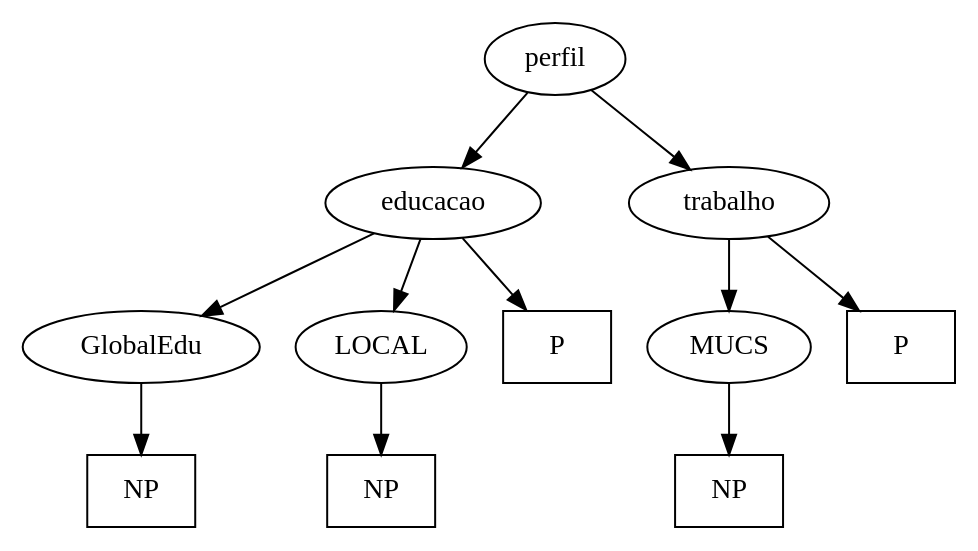
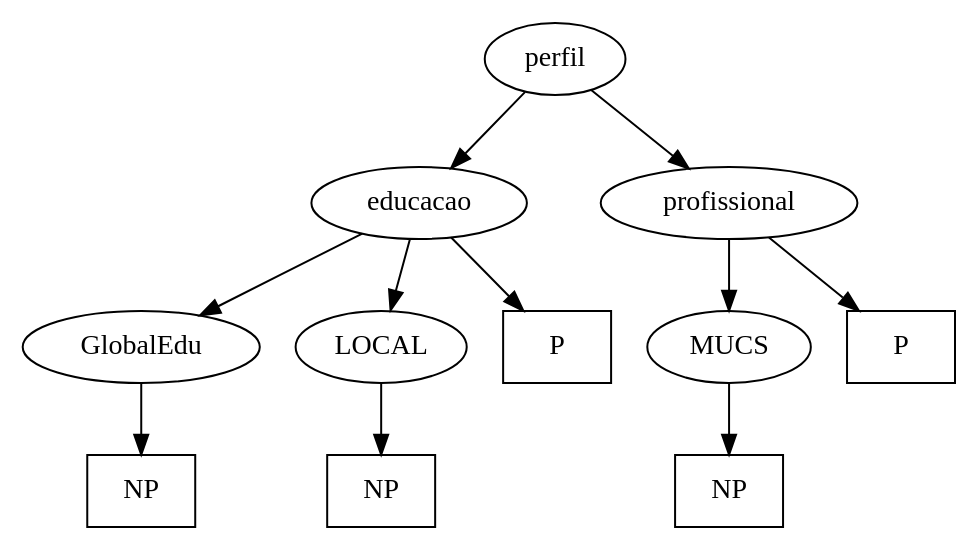
One commit to andrenho/andrenho changed the diagram in academia/artigos/profiles/ideia/perfil.dot. Above: the diagram before and after it, drawn with Graphviz. The commit also changed 4 other files, not shown here.

```diff
--- a/academia/artigos/profiles/ideia/perfil.dot
+++ b/academia/artigos/profiles/ideia/perfil.dot
@@ -1,23 +1,23 @@
 digraph Perfil {
 
     perfil -> educacao
-    perfil -> trabalho
+    perfil -> profissional
 
     educacao -> GlobalEdu
     educacao -> LOCAL
-    trabalho -> MUCS
+    profissional -> MUCS
 
     educacao -> P1
-    trabalho -> P2
+    profissional -> P2
 
     GlobalEdu -> NP1
     LOCAL -> NP2
     MUCS -> NP3
     
     P1 [label="P", shape=box]
     NP1 [label="NP", shape=box]
     P2 [label="P", shape=box]
     NP2 [label="NP", shape=box]
     NP3 [label="NP", shape=box]
 
 }
```
